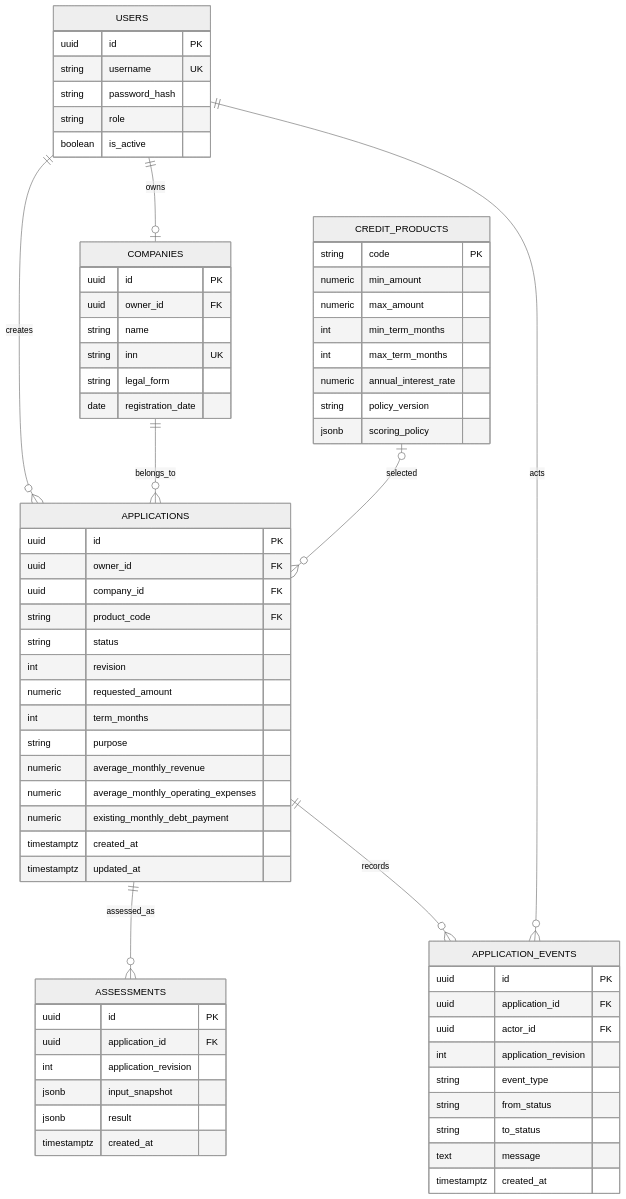
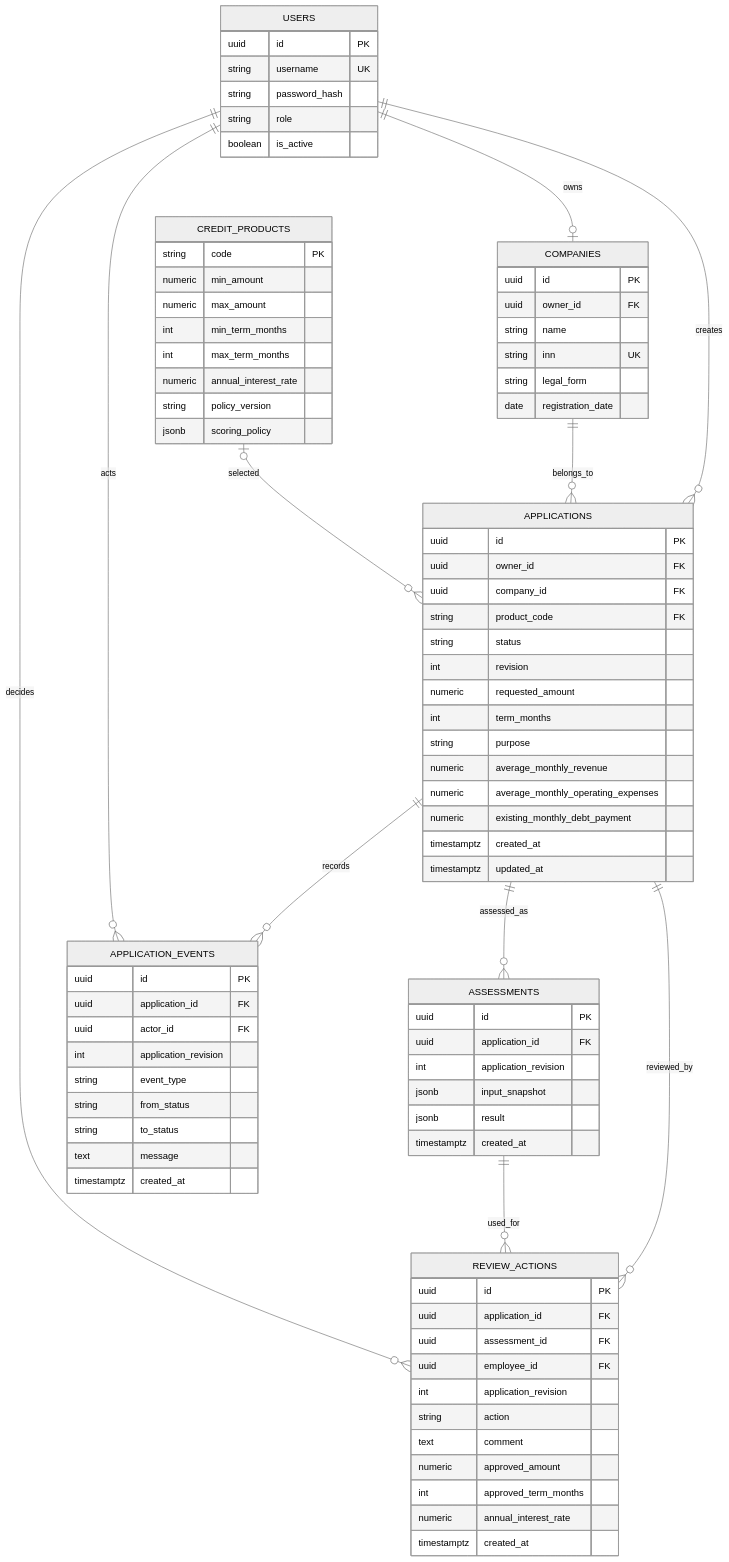
One commit to ttsbtw/McDonald_AlfaHackathon changed the second of 2 diagrams in backend/docs/architecture.md. Above: the diagram before and after it, drawn with Mermaid (neutral theme). The commit also changed other lines of this file and 8 other files, not shown here.

````diff
--- a/backend/docs/architecture.md
+++ b/backend/docs/architecture.md
@@ -23,6 +23,9 @@
     CREDIT_PRODUCTS o|--o{ APPLICATIONS : selected
     APPLICATIONS ||--o{ ASSESSMENTS : assessed_as
     APPLICATIONS ||--o{ APPLICATION_EVENTS : records
+    APPLICATIONS ||--o{ REVIEW_ACTIONS : reviewed_by
+    ASSESSMENTS ||--o{ REVIEW_ACTIONS : used_for
+    USERS ||--o{ REVIEW_ACTIONS : decides
     USERS ||--o{ APPLICATION_EVENTS : acts
     USERS {
         uuid id PK
@@ -84,4 +87,17 @@
         text message
         timestamptz created_at
     }
+    REVIEW_ACTIONS {
+        uuid id PK
+        uuid application_id FK
+        uuid assessment_id FK
+        uuid employee_id FK
+        int application_revision
+        string action
+        text comment
+        numeric approved_amount
+        int approved_term_months
+        numeric annual_interest_rate
+        timestamptz created_at
+    }
 ```
````
